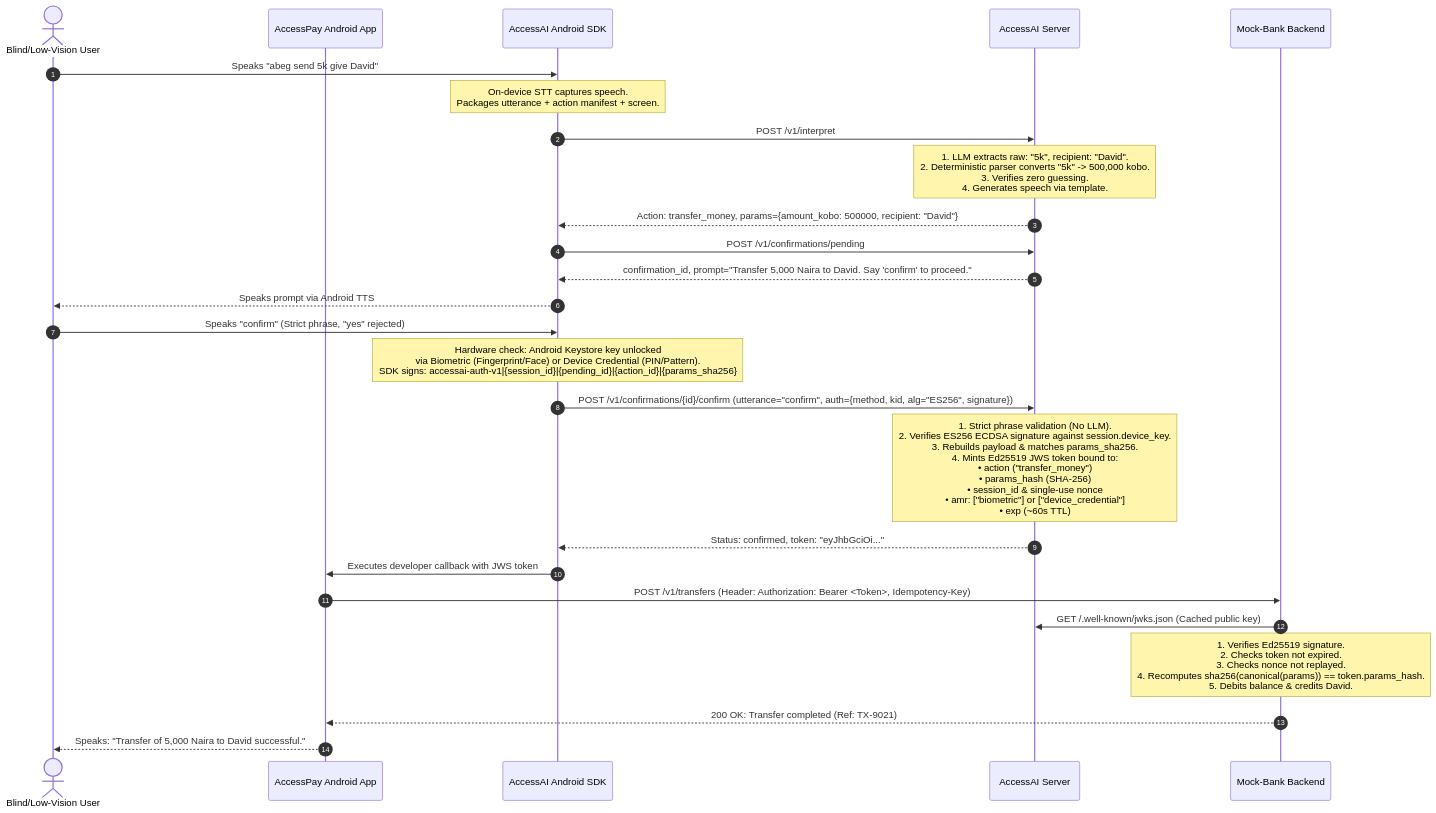
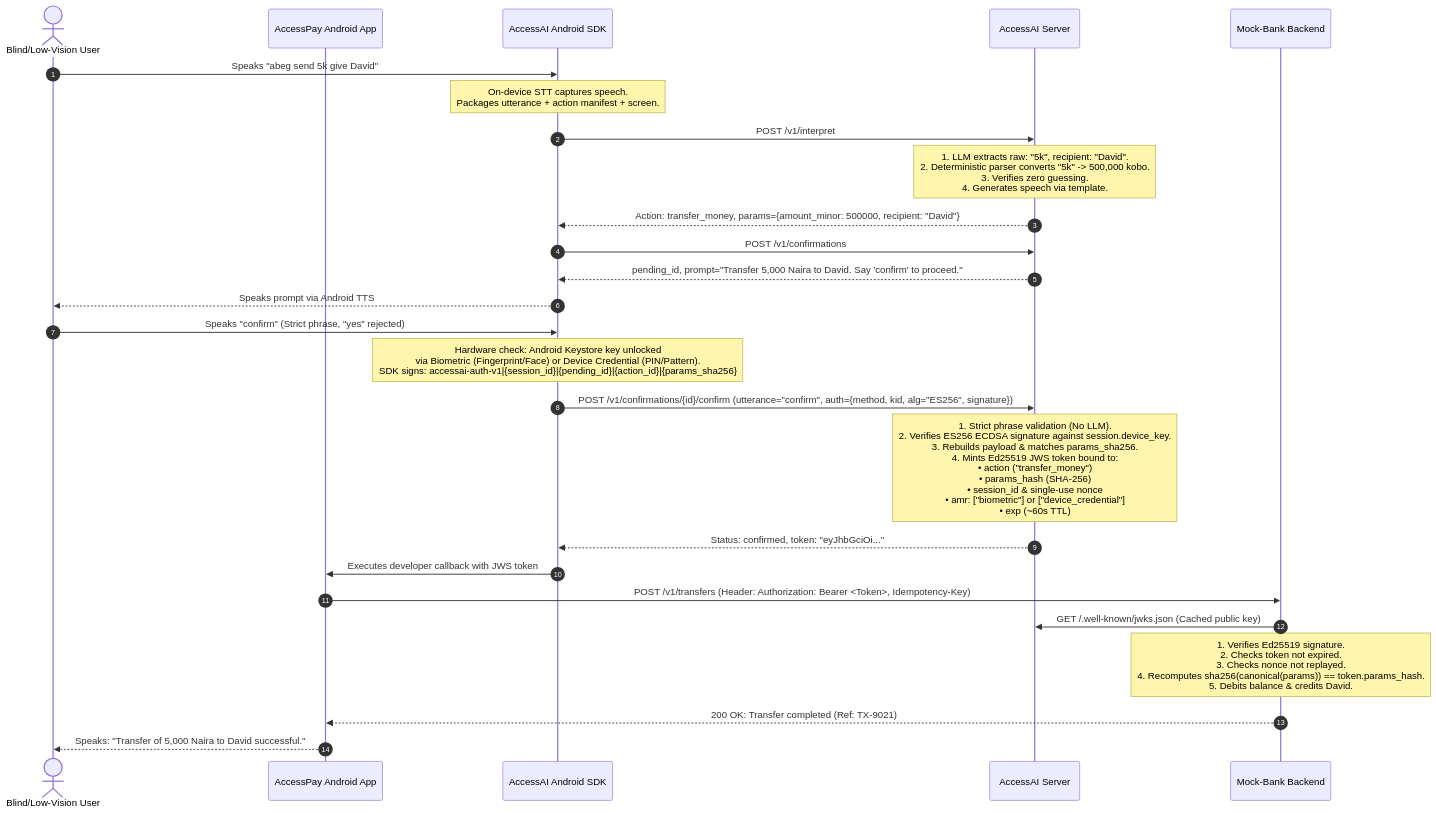
One commit to Accessibility-AI/accessai-server-gemini changed the diagram in docs/INTEGRATION_GUIDE.md. Above: the diagram before and after it, drawn with Mermaid. The commit also changed other lines of this file and 9 other files, not shown here.

Commit message:
fix: return only manifest-declared params in /v1/interpret (no amount_kobo)

````diff
--- a/docs/INTEGRATION_GUIDE.md
+++ b/docs/INTEGRATION_GUIDE.md
@@ -31,32 +31,32 @@
 ```mermaid
 sequenceDiagram
     autonumber
     actor User as Blind/Low-Vision User
     participant App as AccessPay Android App
     participant SDK as AccessAI Android SDK
     participant AI as AccessAI Server
     participant Bank as Mock-Bank Backend
 
     User->>SDK: Speaks "abeg send 5k give David"
     Note over SDK: On-device STT captures speech.<br/>Packages utterance + action manifest + screen.
     SDK->>AI: POST /v1/interpret
     Note over AI: 1. LLM extracts raw: "5k", recipient: "David".<br/>2. Deterministic parser converts "5k" -> 500,000 kobo.<br/>3. Verifies zero guessing.<br/>4. Generates speech via template.
-    AI-->>SDK: Action: transfer_money, params={amount_kobo: 500000, recipient: "David"}
+    AI-->>SDK: Action: transfer_money, params={amount_minor: 500000, recipient: "David"}
     
-    SDK->>AI: POST /v1/confirmations/pending
-    AI-->>SDK: confirmation_id, prompt="Transfer 5,000 Naira to David. Say 'confirm' to proceed."
+    SDK->>AI: POST /v1/confirmations
+    AI-->>SDK: pending_id, prompt="Transfer 5,000 Naira to David. Say 'confirm' to proceed."
     SDK-->>User: Speaks prompt via Android TTS
     
     User->>SDK: Speaks "confirm" (Strict phrase, "yes" rejected)
     Note over SDK: Hardware check: Android Keystore key unlocked<br/>via Biometric (Fingerprint/Face) or Device Credential (PIN/Pattern).<br/>SDK signs: accessai-auth-v1|{session_id}|{pending_id}|{action_id}|{params_sha256}
     SDK->>AI: POST /v1/confirmations/{id}/confirm (utterance="confirm", auth={method, kid, alg="ES256", signature})
     Note over AI: 1. Strict phrase validation (No LLM).<br/>2. Verifies ES256 ECDSA signature against session.device_key.<br/>3. Rebuilds payload & matches params_sha256.<br/>4. Mints Ed25519 JWS token bound to:<br/>• action ("transfer_money")<br/>• params_hash (SHA-256)<br/>• session_id & single-use nonce<br/>• amr: ["biometric"] or ["device_credential"]<br/>• exp (~60s TTL)
     AI-->>SDK: Status: confirmed, token: "eyJhbGciOi..."
     
     SDK->>App: Executes developer callback with JWS token
     App->>Bank: POST /v1/transfers (Header: Authorization: Bearer <Token>, Idempotency-Key)
     Bank->>AI: GET /.well-known/jwks.json (Cached public key)
     Note over Bank: 1. Verifies Ed25519 signature.<br/>2. Checks token not expired.<br/>3. Checks nonce not replayed.<br/>4. Recomputes sha256(canonical(params)) == token.params_hash.<br/>5. Debits balance & credits David.
     Bank-->>App: 200 OK: Transfer completed (Ref: TX-9021)
     App-->>User: Speaks: "Transfer of 5,000 Naira to David successful."
 ```
````
